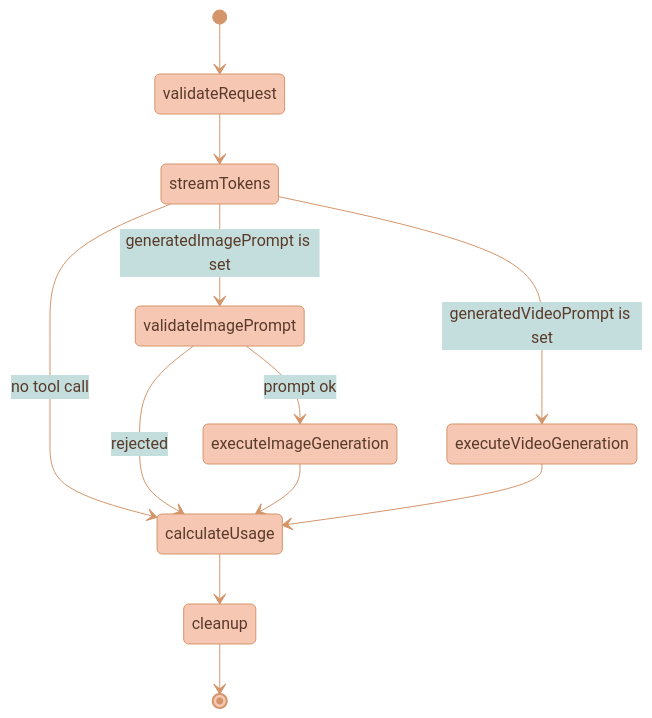
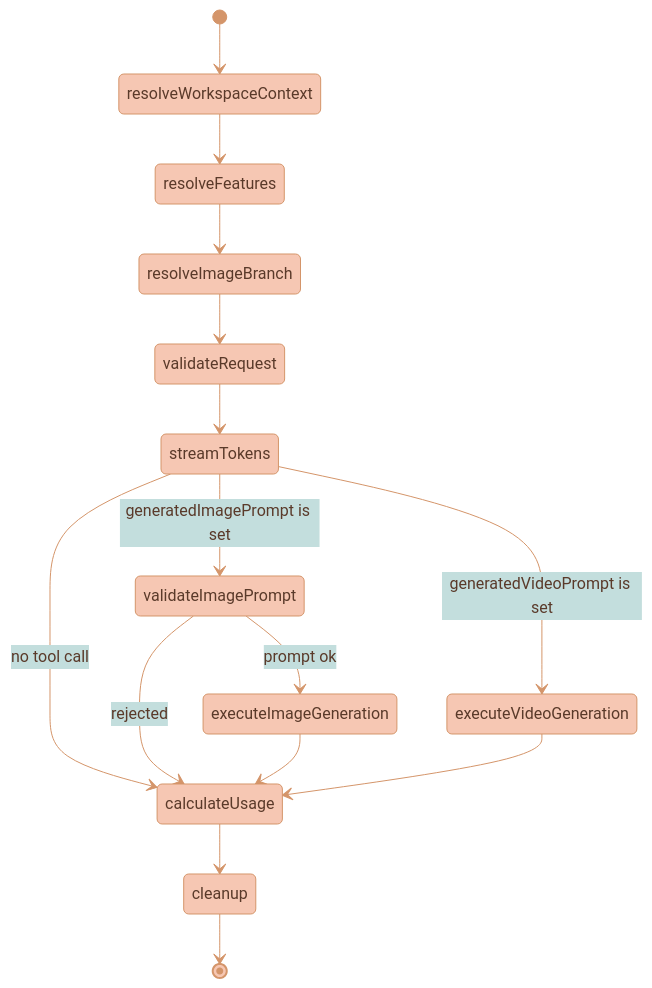
Before and after one commit to Lixpi/lixpi: the second of 3 diagrams in documentation/features/VIDEO-GENERATION.md, drawn with Mermaid. The commit also changed other lines of this file and 36 other files, not shown here.

````diff
--- a/documentation/features/VIDEO-GENERATION.md
+++ b/documentation/features/VIDEO-GENERATION.md
@@ -78,19 +82,22 @@
 ```mermaid
 %%{init: {'theme': 'base', 'themeVariables': { 'primaryColor': '#F6C7B3', 'primaryTextColor': '#5a3a2a', 'primaryBorderColor': '#d4956a', 'secondaryColor': '#C3DEDD', 'secondaryTextColor': '#1a3a47', 'secondaryBorderColor': '#4a8a9d', 'tertiaryColor': '#DCECE9', 'tertiaryTextColor': '#1a3a47', 'tertiaryBorderColor': '#82B2C0', 'lineColor': '#d4956a', 'textColor': '#5a3a2a'}}}%%
 stateDiagram-v2
-    [*] --> validateRequest
+    [*] --> resolveWorkspaceContext
+    resolveWorkspaceContext --> resolveFeatures
+    resolveFeatures --> resolveImageBranch
+    resolveImageBranch --> validateRequest
     validateRequest --> streamTokens
 
     streamTokens --> executeVideoGeneration: generatedVideoPrompt is set
     streamTokens --> validateImagePrompt: generatedImagePrompt is set
     streamTokens --> calculateUsage: no tool call
 
     validateImagePrompt --> executeImageGeneration: prompt ok
     validateImagePrompt --> calculateUsage: rejected
 
     executeImageGeneration --> calculateUsage
     executeVideoGeneration --> calculateUsage
 
     calculateUsage --> cleanup
     cleanup --> [*]
 ```
````
